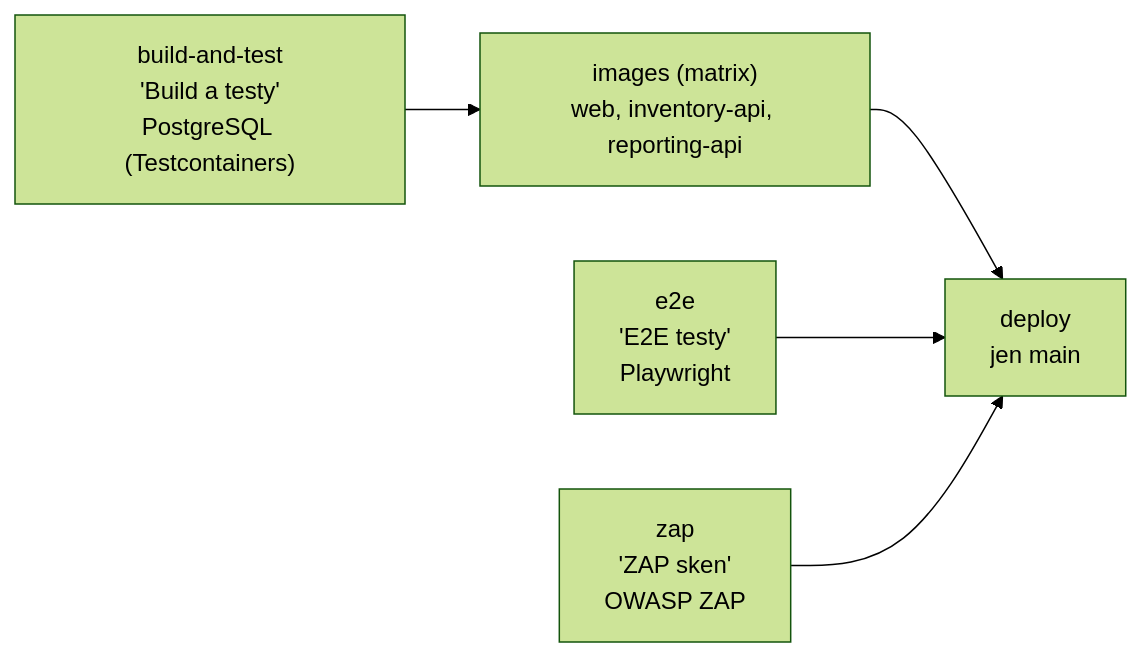
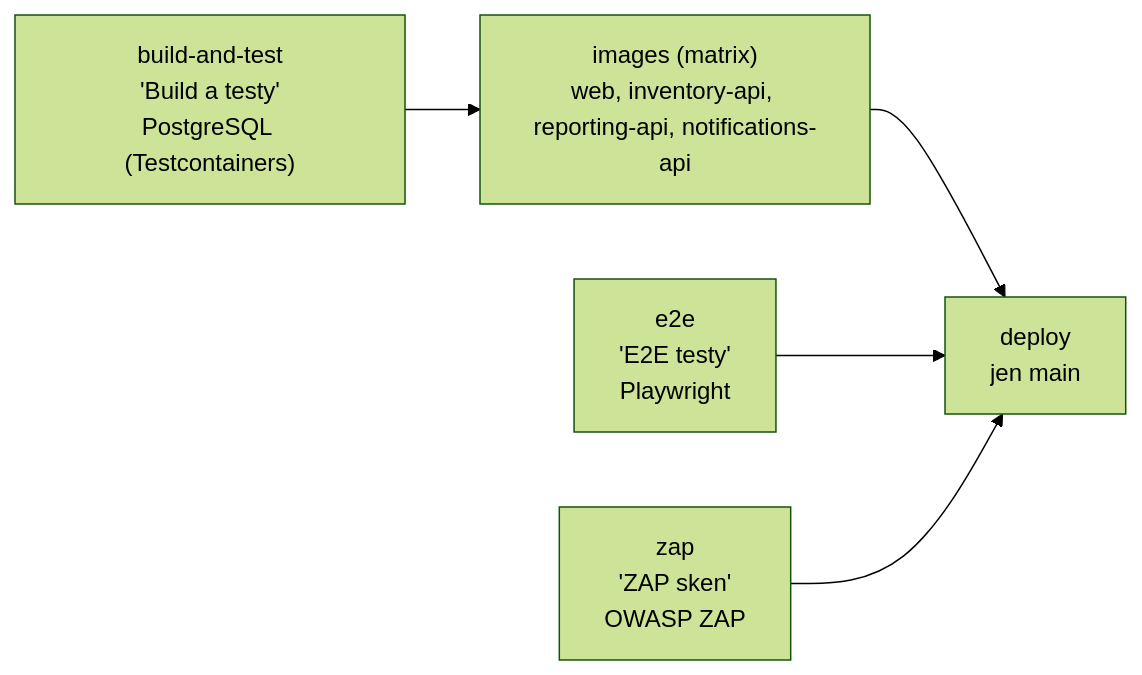
One commit to ftichy/MiniShop changed the diagram in docs/prirucka/github/ci.md. Above: the diagram before and after it, drawn with Mermaid (forest theme). The commit also changed other lines of this file and 51 other files, not shown here.

````diff
--- a/docs/prirucka/github/ci.md
+++ b/docs/prirucka/github/ci.md
@@ -14,9 +14,9 @@
 ```mermaid
 flowchart LR
-    t["build-and-test<br/>'Build a testy'<br/>PostgreSQL (Testcontainers)"] --> i["images (matrix)<br/>web, inventory-api, reporting-api"]
+    t["build-and-test<br/>'Build a testy'<br/>PostgreSQL (Testcontainers)"] --> i["images (matrix)<br/>web, inventory-api, reporting-api, notifications-api"]
     i --> d["deploy<br/>jen main"]
     e["e2e<br/>'E2E testy'<br/>Playwright"] --> d
     z["zap<br/>'ZAP sken'<br/>OWASP ZAP"] --> d
 
     click d "/Docs/github/cd"
 ```
````
